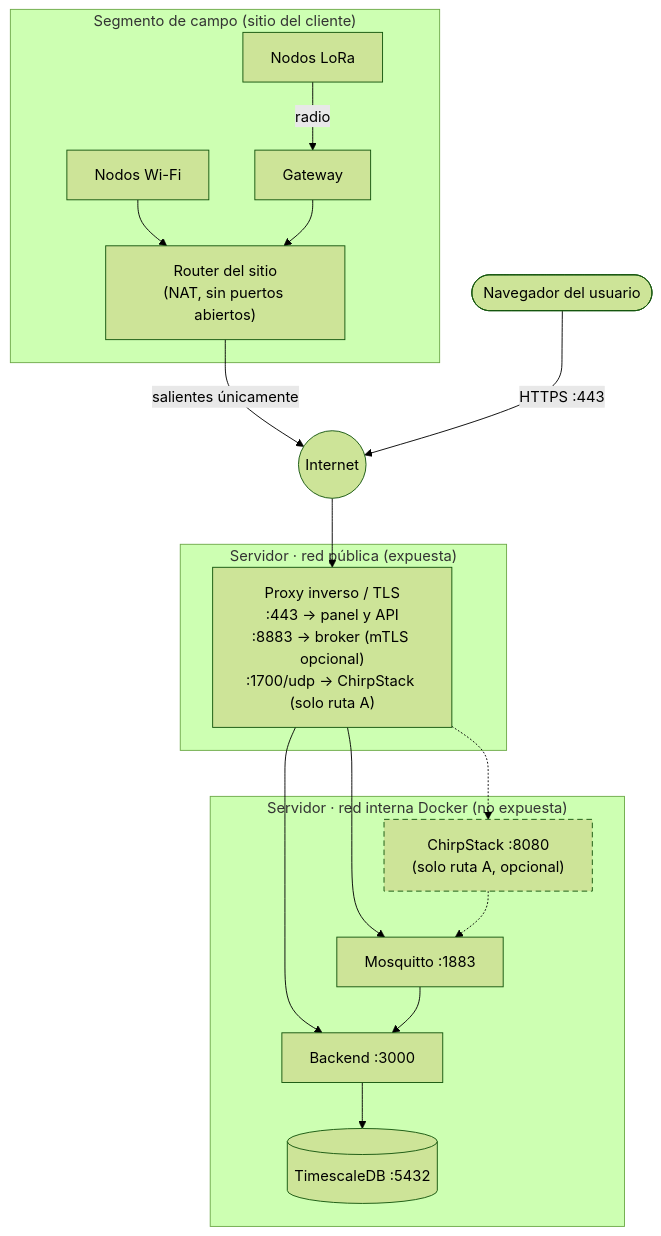
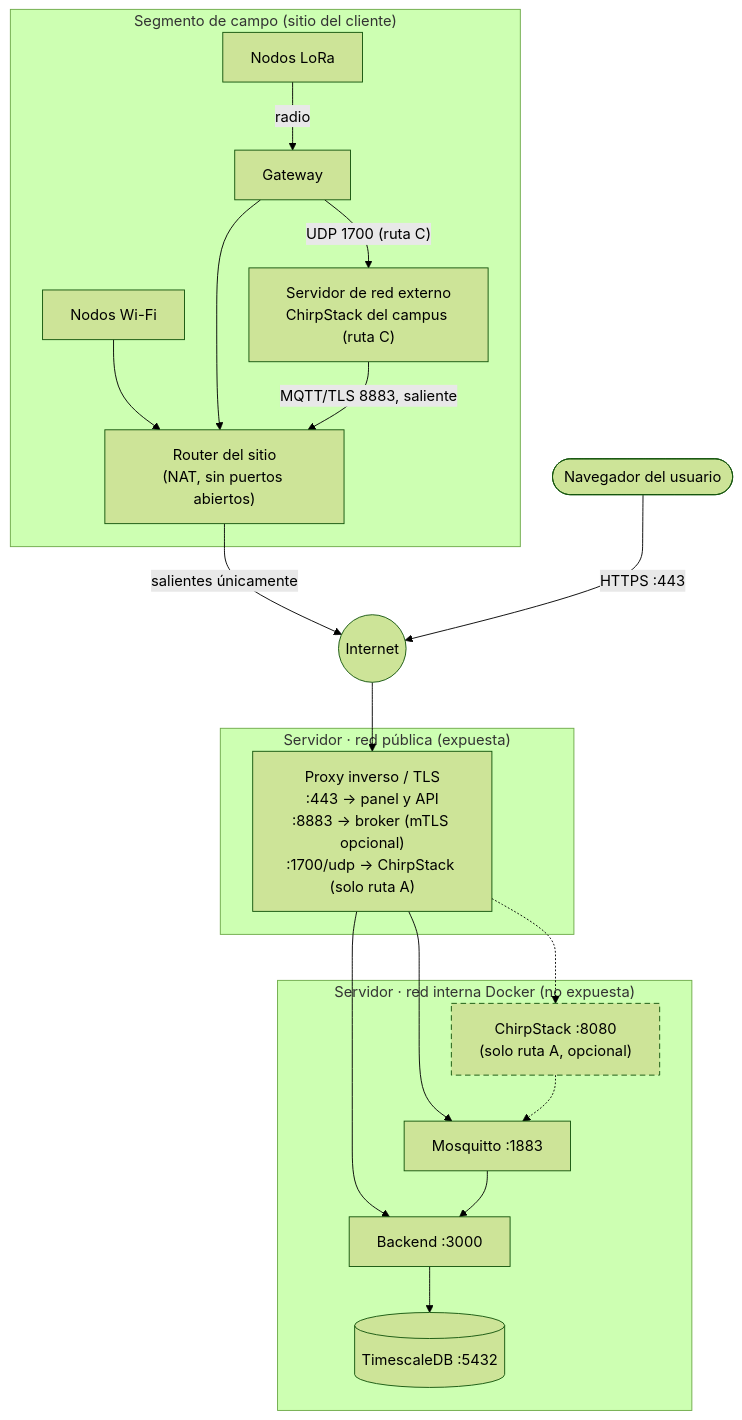
Before and after one commit to vicenterami/tesis: the second of 6 diagrams in docs/10-arquitectura.md, drawn with Mermaid (forest theme). The commit also changed other lines of this file and 17 other files, not shown here.

First line of the commit message:
Agrega la ruta C: el servidor de red LoRaWAN externo del campus publica en el broker

````diff
--- a/docs/10-arquitectura.md
+++ b/docs/10-arquitectura.md
@@ -121,34 +126,36 @@
 ```mermaid
 flowchart TB
     subgraph CAMPO["Segmento de campo (sitio del cliente)"]
         S1["Nodos LoRa"] -- radio --> G["Gateway"]
         S2["Nodos Wi-Fi"] --> R["Router del sitio\n(NAT, sin puertos abiertos)"]
         G --> R
+        G -- "UDP 1700 (ruta C)" --> NSE["Servidor de red externo\nChirpStack del campus (ruta C)"]
+        NSE -- "MQTT/TLS 8883, saliente" --> R
     end
 
     INET(("Internet"))
 
     subgraph DMZ["Servidor · red pública (expuesta)"]
         RP["Proxy inverso / TLS\n:443 → panel y API\n:8883 → broker (mTLS opcional)\n:1700/udp → ChirpStack (solo ruta A)"]
     end
 
     subgraph INT["Servidor · red interna Docker (no expuesta)"]
         MQ["Mosquitto :1883"]
         CS["ChirpStack :8080\n(solo ruta A, opcional)"]
         BE["Backend :3000"]
         DB[("TimescaleDB :5432")]
     end
 
     R -- "salientes únicamente" --> INET
     INET --> RP
     RP --> MQ
     RP -.-> CS
     RP --> BE
     CS -.-> MQ
     MQ --> BE
     BE --> DB
 
     NAV(["Navegador del usuario"]) -- "HTTPS :443" --> INET
     classDef opcional stroke-dasharray:6 4
     class CS opcional
 ```
````
